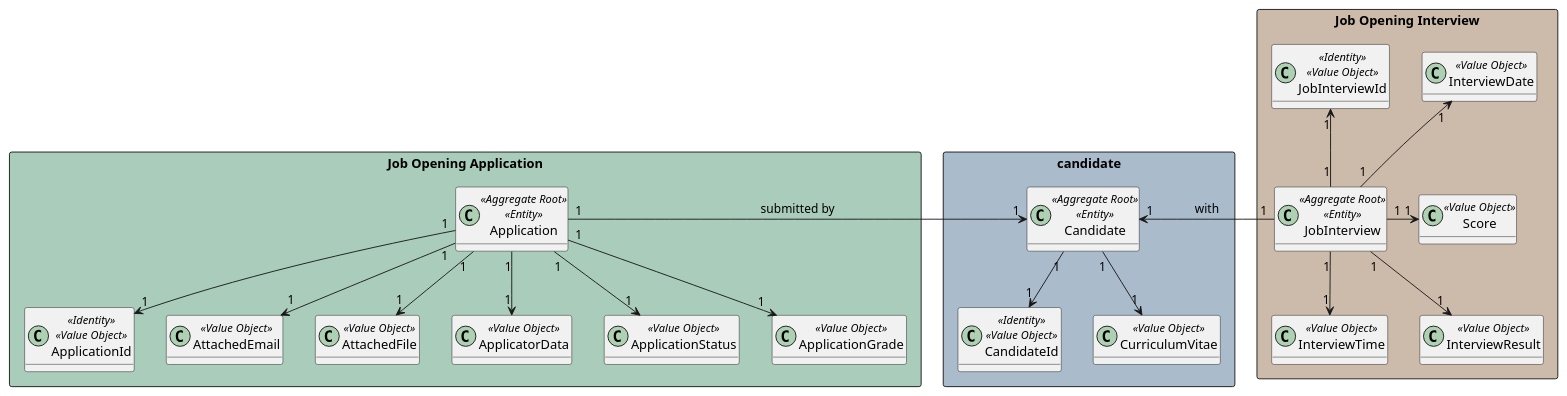
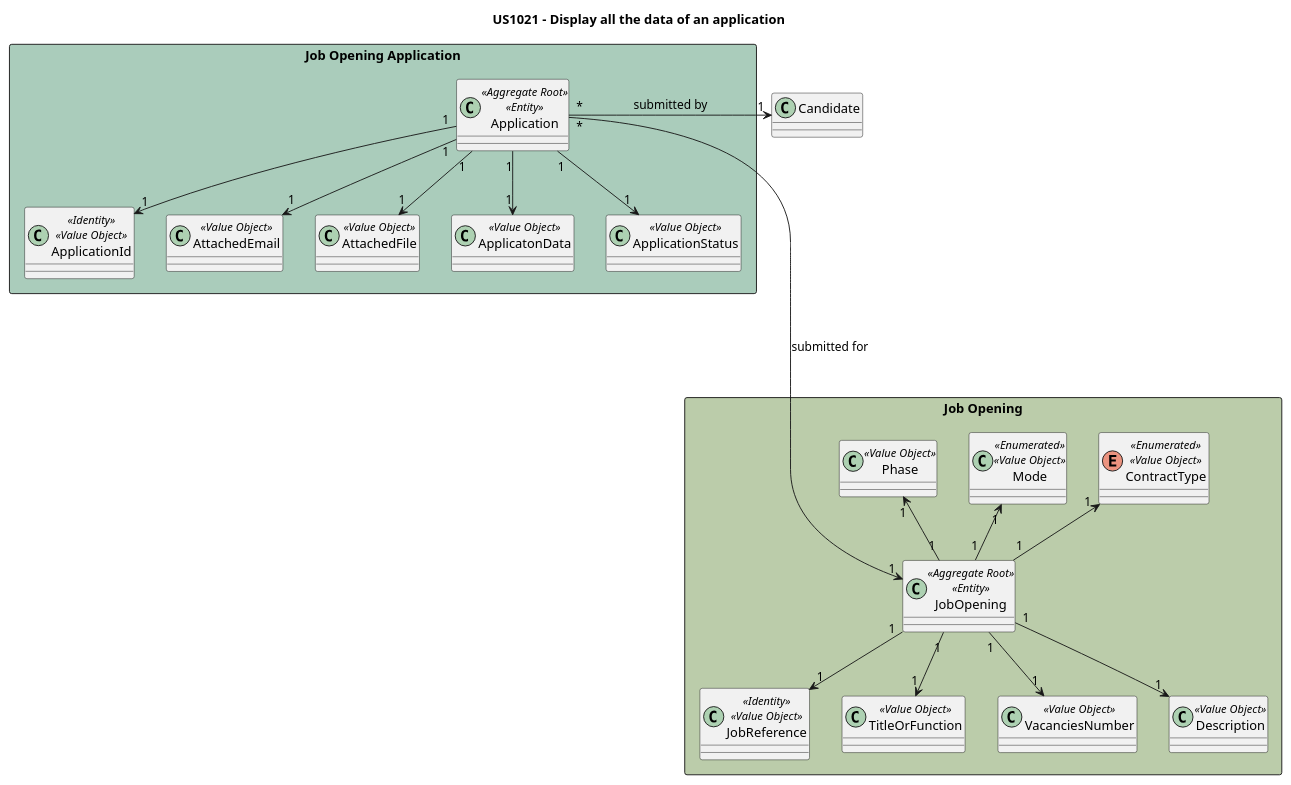
The diagram in docs/sprintC/1021/puml/1021-domain-model.puml (marcoferreira37/Lapr4), drawn with PlantUML before and after one commit. The commit also changed 1 other file, not shown here.

Commit message:
#46 Update of domain model for US2021

```diff
--- a/docs/sprintC/1021/puml/1021-domain-model.puml
+++ b/docs/sprintC/1021/puml/1021-domain-model.puml
@@ -1,62 +1,63 @@
 @startuml
-'https://plantuml.com/class-diagram
 
-hide methods
+Title  US1021 - Display all the data of an application
+
+rectangle "Job Opening" #bbccaa {
+
+    class JobOpening<<Aggregate Root>><<Entity>>{}
+
+    class JobReference<<Identity>><<Value Object>>{}
+
+    class TitleOrFunction<<Value Object>>{}
+
+    enum ContractType<<Enumerated>><<Value Object>>{}
+
+    class Mode<<Enumerated>><<Value Object>>{}
+
+
+    class VacanciesNumber<<Value Object>>{}
+
+    class Description<<Value Object>>{}
+
+    class Phase <<Value Object>>{}
+    ''Maybe go to Interview Model
+
+}
 
 
 rectangle "Job Opening Application" #aaccbb {
+
     class Application<<Aggregate Root>><<Entity>>{}
+
     class ApplicationId<<Identity>><<Value Object>>{}
+
     class AttachedEmail<<Value Object>>{}
+
     class AttachedFile<<Value Object>>{}
-    class ApplicatorData<<Value Object>>{}
+
+    class ApplicatonData<<Value Object>>{}
+
     class ApplicationStatus<<Value Object>>{}
-    class ApplicationGrade<<Value Object>>{}
-}
-
-
-rectangle candidate #aabbcc{
-    class Candidate<<Aggregate Root>><<Entity>>{}
-    class CandidateId<<Identity>><<Value Object>>{}
-    class CurriculumVitae<<Value Object>>{}
-}
 
 
 
 
-
-  rectangle "Job Opening Interview" #ccbbaa {
-      class JobInterview <<Aggregate Root>><<Entity>>{}
-      class JobInterviewId<<Identity>><<Value Object>>{}
-      class InterviewDate<<Value Object>>{}
-      class InterviewTime<<Value Object>>{}
-      class Score<<Value Object>>{}
-      class InterviewResult<<Value Object>>{}
-  }
-
-
-
-
-
-Candidate "1"--> "1" CandidateId
-Candidate "1"--> "1" CurriculumVitae
-
+}
 
 Application "1" --> "1" ApplicationId
 Application "1" --> "1" AttachedEmail
 Application "1" --> "1" AttachedFile
-Application "1" --> "1" ApplicatorData
-Application "1" -> "1" Candidate : submitted by
+Application "*" -----> "1" JobOpening : submitted for
+Application "*" -> "1" Candidate : submitted by
 Application "1" --> "1" ApplicationStatus
-Application "1" --> "1" ApplicationGrade
-
-JobInterview "1" -up-> "1" JobInterviewId
-JobInterview "1" -up-> "1" InterviewDate
-JobInterview "1" --> "1" InterviewTime
-JobInterview "1" -> "1" Score
-JobInterview "1" --> "1" InterviewResult
-
-JobInterview "1" -> "1" Candidate : with
+Application "1" --> "1" ApplicatonData
 
 
+JobReference "1" <-up- "1" JobOpening
+TitleOrFunction "1" <-up- "1" JobOpening
+ContractType "1" <-- "1" JobOpening
+Mode "1" <-- "1" JobOpening
+Description "1" <-up- "1" JobOpening
+VacanciesNumber "1" <-up- "1" JobOpening
+Phase "1" <-down- "1" JobOpening
 @enduml
```
